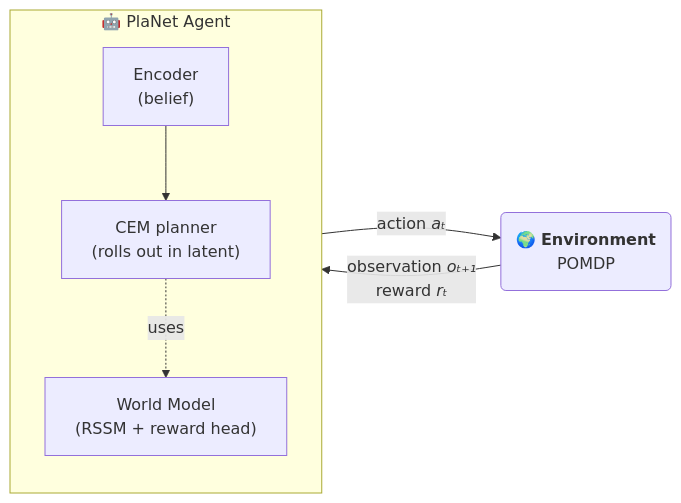
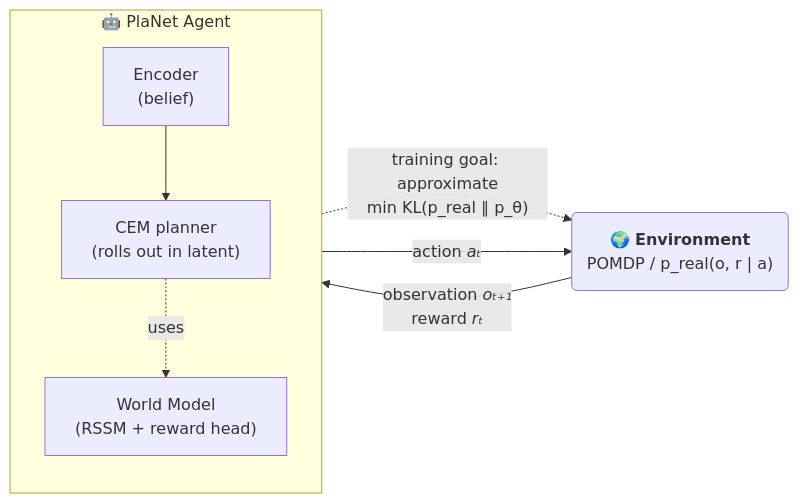
The sixth of 6 diagrams in World-Model-Study-Notes.md (jinxinzhou/world-model-study), drawn with Mermaid before and after one commit. The commit also changed other lines of this file and 1 other file, not shown here.

First line of the commit message:
refactor: consolidate the world-model-approximates-env visualization

````diff
--- a/World-Model-Study-Notes.md
+++ b/World-Model-Study-Notes.md
@@ -1495,14 +1495,15 @@
 ```mermaid
 flowchart LR
     subgraph A["🤖 PlaNet Agent"]
         direction TB
         Enc["Encoder<br/>(belief)"]
         WM["World Model<br/>(RSSM + reward head)"]
         CEM["CEM planner<br/>(rolls out in latent)"]
         Enc --> CEM
         CEM -.uses.-> WM
     end
-    Env("🌍 <b>Environment</b><br/>POMDP")
+    Env("🌍 <b>Environment</b><br/>POMDP / p_real(o, r | a)")
     A -- "action <i>aₜ</i>" --> Env
     Env -- "observation <i>oₜ₊₁</i><br/>reward <i>rₜ</i>" --> A
+    WM -. "training goal: approximate<br/>min KL(p_real ∥ p_θ)" .-> Env
 ```
````
